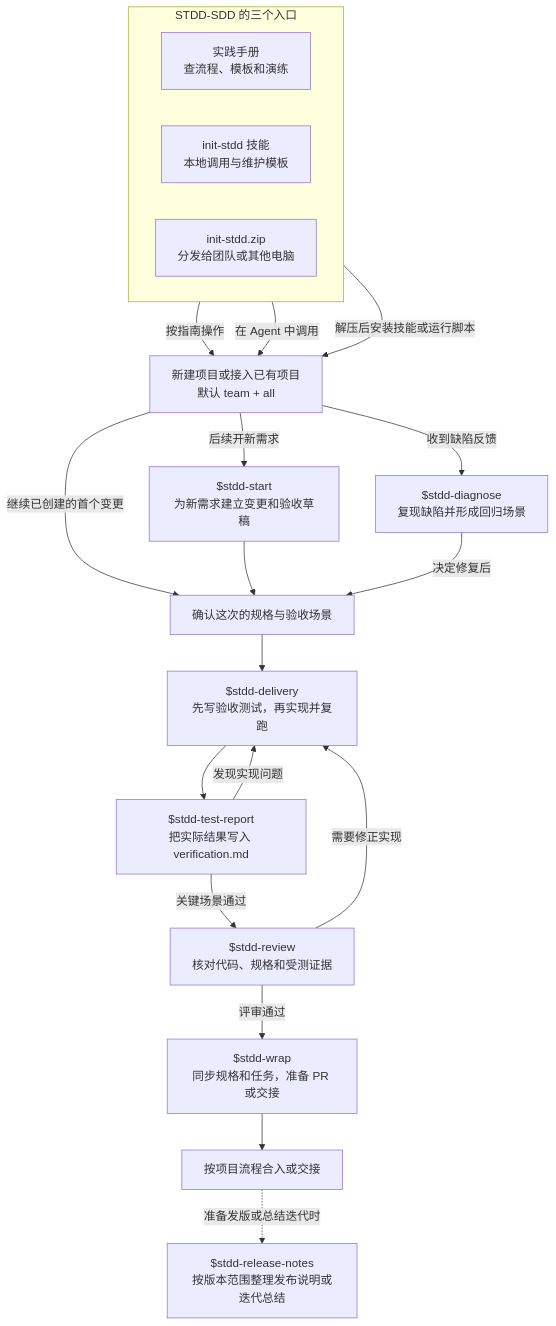
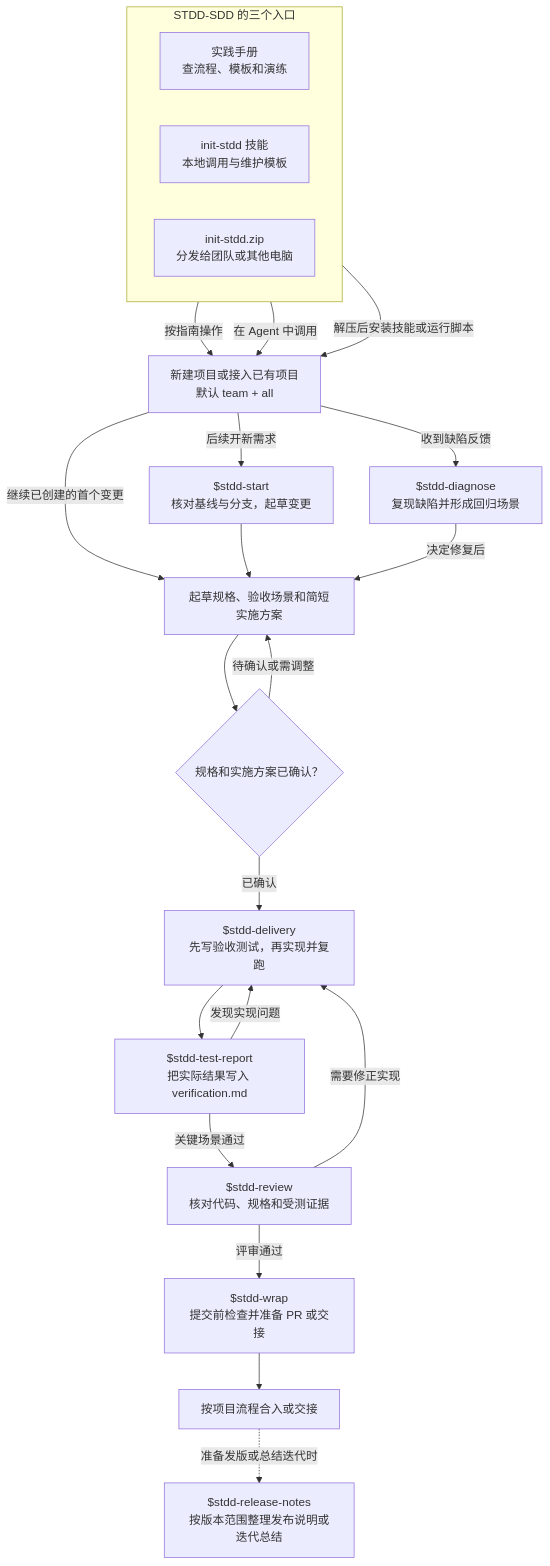
Before and after one commit to zhgqwx-del/stdd-sdd: the diagram in STDD-SDD/.agents/skills/init-stdd/references/usage.md, drawn with Mermaid. The commit also changed other lines of this file and 40 other files, not shown here.

````diff
--- a/STDD-SDD/.agents/skills/init-stdd/references/usage.md
+++ b/STDD-SDD/.agents/skills/init-stdd/references/usage.md
@@ -19,37 +19,40 @@
 ```mermaid
 flowchart TD
     subgraph Entries["STDD-SDD 的三个入口"]
         direction LR
         Manual["实践手册<br/>查流程、模板和演练"]
         Skill["init-stdd 技能<br/>本地调用与维护模板"]
         Package["init-stdd.zip<br/>分发给团队或其他电脑"]
     end
 
     Init["新建项目或接入已有项目<br/>默认 team + all"]
-    Start["$stdd-start<br/>为新需求建立变更和验收草稿"]
+    Start["$stdd-start<br/>核对基线与分支，起草变更"]
     Diagnose["$stdd-diagnose<br/>复现缺陷并形成回归场景"]
-    Spec["确认这次的规格与验收场景"]
+    Spec["起草规格、验收场景和简短实施方案"]
+    Confirm{"规格和实施方案已确认？"}
     Delivery["$stdd-delivery<br/>先写验收测试，再实现并复跑"]
     Report["$stdd-test-report<br/>把实际结果写入 verification.md"]
     Review["$stdd-review<br/>核对代码、规格和受测证据"]
-    Wrap["$stdd-wrap<br/>同步规格和任务，准备 PR 或交接"]
+    Wrap["$stdd-wrap<br/>提交前检查并准备 PR 或交接"]
     Done["按项目流程合入或交接"]
     Release["$stdd-release-notes<br/>按版本范围整理发布说明或迭代总结"]
 
     Manual -->|按指南操作| Init
     Skill -->|在 Agent 中调用| Init
     Package -->|解压后安装技能或运行脚本| Init
     Init -->|继续已创建的首个变更| Spec
     Init -->|后续开新需求| Start
     Init -->|收到缺陷反馈| Diagnose
     Start --> Spec
     Diagnose -->|决定修复后| Spec
-    Spec --> Delivery
+    Spec --> Confirm
+    Confirm -->|已确认| Delivery
+    Confirm -->|待确认或需调整| Spec
     Delivery --> Report
     Report -->|关键场景通过| Review
     Report -->|发现实现问题| Delivery
     Review -->|需要修正实现| Delivery
     Review -->|评审通过| Wrap
     Wrap --> Done
     Done -.->|准备发版或总结迭代时| Release
 ```
````
